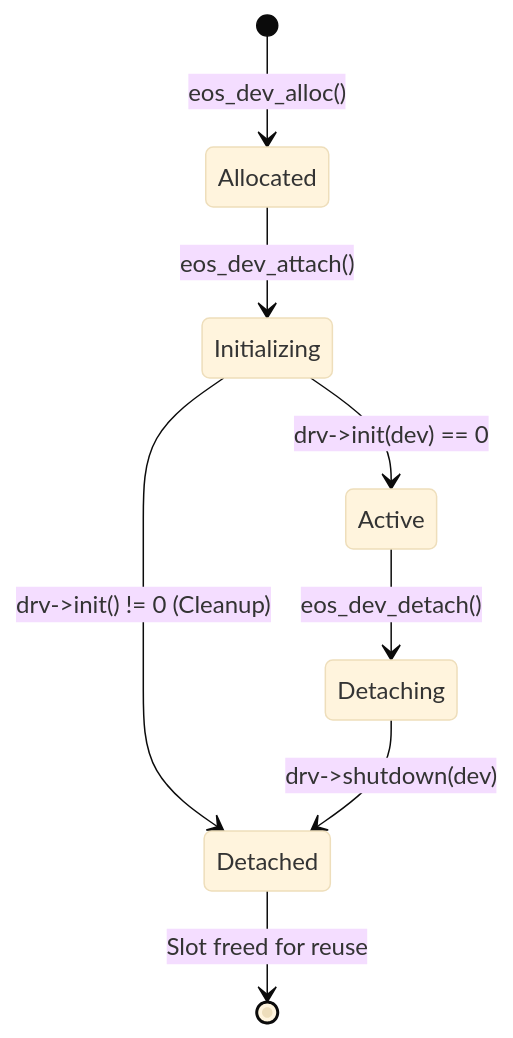
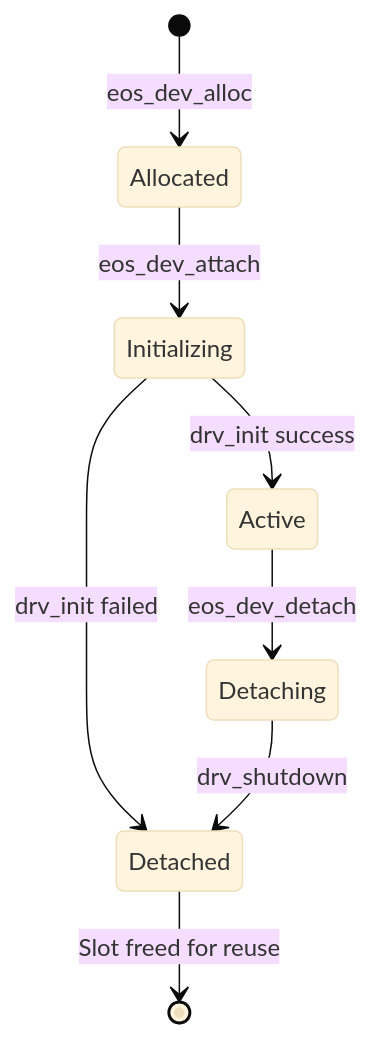
One commit to frostmorn/eos changed the diagram in docs/drivers/overview.md. Above: the diagram before and after it, drawn with Mermaid (base theme). The commit also changed 2 other files, not shown here.

Commit message:
Fix diagrams in docs

````diff
--- a/docs/drivers/overview.md
+++ b/docs/drivers/overview.md
@@ -65,10 +65,10 @@
 ```mermaid
 stateDiagram-v2
-    [*] --> Allocated: eos_dev_alloc()
-    Allocated --> Initializing: eos_dev_attach()
-    Initializing --> Active: drv->init(dev) == 0
-    Initializing --> Detached: drv->init() != 0 (Cleanup)
-    Active --> Detaching: eos_dev_detach()
-    Detaching --> Detached: drv->shutdown(dev)
+    [*] --> Allocated: eos_dev_alloc
+    Allocated --> Initializing: eos_dev_attach
+    Initializing --> Active: drv_init success
+    Initializing --> Detached: drv_init failed
+    Active --> Detaching: eos_dev_detach
+    Detaching --> Detached: drv_shutdown
     Detached --> [*]: Slot freed for reuse
 ```
````
